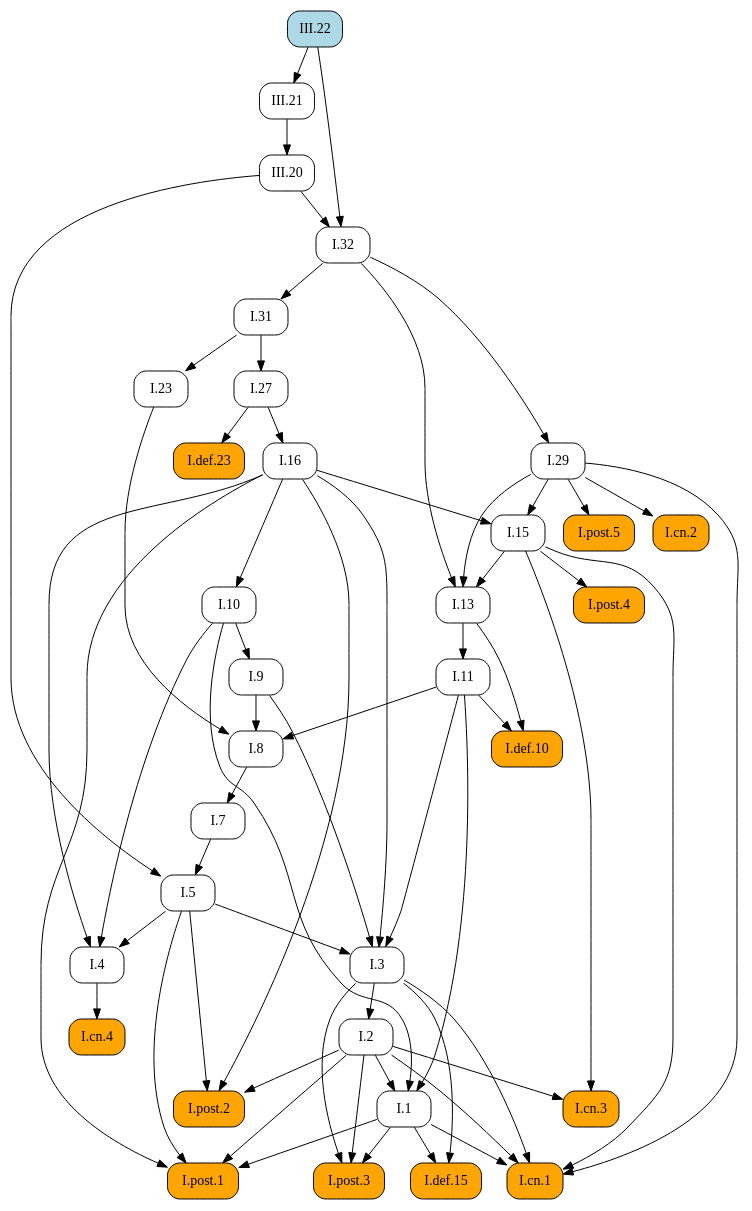
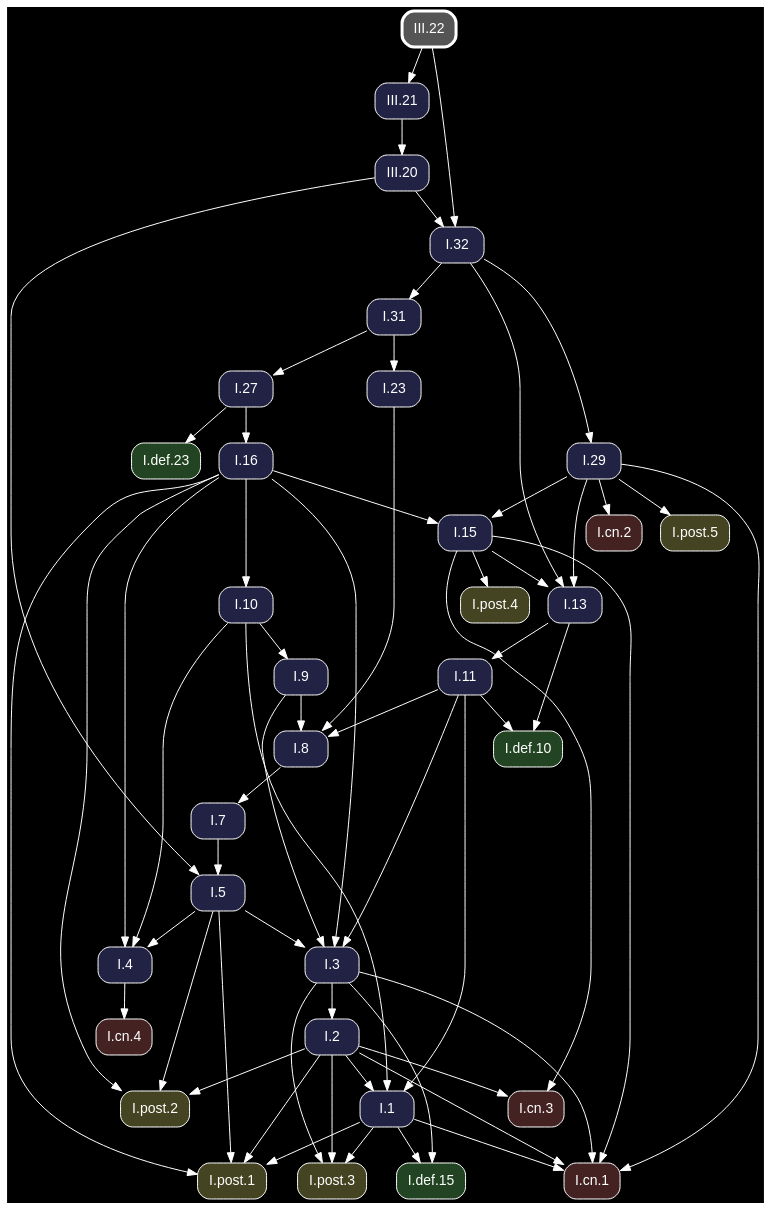
Before and after one commit to geometor/elements: the diagram in docsrc/heath/III/22/index.rst, drawn with Graphviz. The commit also changed other lines of this file and 1200 other files, not shown here.

Commit message:
update dependency graphs

```diff
--- a/docsrc/heath/III/22/index.rst
+++ b/docsrc/heath/III/22/index.rst
@@ -45,59 +45,46 @@
 .. graphviz::
 
    digraph {
+     bgcolor="black";
+     node [shape=box, style="rounded,filled", fontname="Helvetica", color="white", fontcolor="white"];
+     edge [color="white", fontcolor="white"];
      rankdir="TB";
-     node [shape=box, style=rounded];
-     "I.23" [URL="/heath/I/23/", target="_top"];
-     "I.9" [URL="/heath/I/9/", target="_top"];
-     "I.32" [URL="/heath/I/32/", target="_top"];
-     "I.def.15" [style="rounded,filled", fillcolor=orange, URL="/heath/I/def.15/", target="_top"];
-     "I.post.3" [style="rounded,filled", fillcolor=orange, URL="/heath/I/post.3/", target="_top"];
-     "I.post.1" [style="rounded,filled", fillcolor=orange, URL="/heath/I/post.1/", target="_top"];
-     "III.20" [URL="/heath/III/20/", target="_top"];
-     "I.31" [URL="/heath/I/31/", target="_top"];
-     "III.22" [style="rounded,filled", fillcolor=lightblue, URL="/heath/III/22/", target="_top"];
-     "I.def.10" [style="rounded,filled", fillcolor=orange, URL="/heath/I/def.10/", target="_top"];
-     "I.27" [URL="/heath/I/27/", target="_top"];
-     "I.3" [URL="/heath/I/3/", target="_top"];
-     "I.cn.1" [style="rounded,filled", fillcolor=orange, URL="/heath/I/cn.1/", target="_top"];
-     "I.7" [URL="/heath/I/7/", target="_top"];
-     "I.2" [URL="/heath/I/2/", target="_top"];
-     "I.13" [URL="/heath/I/13/", target="_top"];
-     "I.post.4" [style="rounded,filled", fillcolor=orange, URL="/heath/I/post.4/", target="_top"];
-     "I.4" [URL="/heath/I/4/", target="_top"];
-     "I.1" [URL="/heath/I/1/", target="_top"];
-     "I.5" [URL="/heath/I/5/", target="_top"];
-     "I.8" [URL="/heath/I/8/", target="_top"];
-     "I.cn.3" [style="rounded,filled", fillcolor=orange, URL="/heath/I/cn.3/", target="_top"];
-     "I.29" [URL="/heath/I/29/", target="_top"];
-     "I.16" [URL="/heath/I/16/", target="_top"];
-     "I.15" [URL="/heath/I/15/", target="_top"];
-     "I.10" [URL="/heath/I/10/", target="_top"];
-     "I.11" [URL="/heath/I/11/", target="_top"];
-     "I.def.23" [style="rounded,filled", fillcolor=orange, URL="/heath/I/def.23/", target="_top"];
-     "I.cn.2" [style="rounded,filled", fillcolor=orange, URL="/heath/I/cn.2/", target="_top"];
-     "I.post.5" [style="rounded,filled", fillcolor=orange, URL="/heath/I/post.5/", target="_top"];
-     "III.21" [URL="/heath/III/21/", target="_top"];
-     "I.cn.4" [style="rounded,filled", fillcolor=orange, URL="/heath/I/cn.4/", target="_top"];
-     "I.post.2" [style="rounded,filled", fillcolor=orange, URL="/heath/I/post.2/", target="_top"];
-     "I.31" -> "I.23";
-     "I.10" -> "I.9";
+     "I.31" [fillcolor="#222244", URL="/heath/I/31/", target="_top"];
+     "I.32" [fillcolor="#222244", URL="/heath/I/32/", target="_top"];
+     "I.3" [fillcolor="#222244", URL="/heath/I/3/", target="_top"];
+     "I.cn.1" [fillcolor="#442222", URL="/heath/I/cn.1/", target="_top"];
+     "I.def.10" [fillcolor="#224422", URL="/heath/I/def.10/", target="_top"];
+     "I.15" [fillcolor="#222244", URL="/heath/I/15/", target="_top"];
+     "I.13" [fillcolor="#222244", URL="/heath/I/13/", target="_top"];
+     "I.27" [fillcolor="#222244", URL="/heath/I/27/", target="_top"];
+     "I.2" [fillcolor="#222244", URL="/heath/I/2/", target="_top"];
+     "I.cn.2" [fillcolor="#442222", URL="/heath/I/cn.2/", target="_top"];
+     "I.9" [fillcolor="#222244", URL="/heath/I/9/", target="_top"];
+     "I.1" [fillcolor="#222244", URL="/heath/I/1/", target="_top"];
+     "I.post.5" [fillcolor="#444422", URL="/heath/I/post.5/", target="_top"];
+     "I.post.4" [fillcolor="#444422", URL="/heath/I/post.4/", target="_top"];
+     "I.23" [fillcolor="#222244", URL="/heath/I/23/", target="_top"];
+     "I.8" [fillcolor="#222244", URL="/heath/I/8/", target="_top"];
+     "I.4" [fillcolor="#222244", URL="/heath/I/4/", target="_top"];
+     "I.7" [fillcolor="#222244", URL="/heath/I/7/", target="_top"];
+     "I.5" [fillcolor="#222244", URL="/heath/I/5/", target="_top"];
+     "I.10" [fillcolor="#222244", URL="/heath/I/10/", target="_top"];
+     "III.22" [penwidth=3, color="white", fillcolor="#555555", URL="/heath/III/22/", target="_top"];
+     "I.post.1" [fillcolor="#444422", URL="/heath/I/post.1/", target="_top"];
+     "I.11" [fillcolor="#222244", URL="/heath/I/11/", target="_top"];
+     "I.16" [fillcolor="#222244", URL="/heath/I/16/", target="_top"];
+     "I.cn.3" [fillcolor="#442222", URL="/heath/I/cn.3/", target="_top"];
+     "III.21" [fillcolor="#222244", URL="/heath/III/21/", target="_top"];
+     "I.29" [fillcolor="#222244", URL="/heath/I/29/", target="_top"];
+     "I.post.2" [fillcolor="#444422", URL="/heath/I/post.2/", target="_top"];
+     "I.cn.4" [fillcolor="#442222", URL="/heath/I/cn.4/", target="_top"];
+     "I.def.23" [fillcolor="#224422", URL="/heath/I/def.23/", target="_top"];
+     "I.post.3" [fillcolor="#444422", URL="/heath/I/post.3/", target="_top"];
+     "III.20" [fillcolor="#222244", URL="/heath/III/20/", target="_top"];
+     "I.def.15" [fillcolor="#224422", URL="/heath/I/def.15/", target="_top"];
+     "I.32" -> "I.31";
      "III.20" -> "I.32";
      "III.22" -> "I.32";
-     "I.1" -> "I.def.15";
-     "I.3" -> "I.def.15";
-     "I.1" -> "I.post.3";
-     "I.2" -> "I.post.3";
-     "I.3" -> "I.post.3";
-     "I.1" -> "I.post.1";
-     "I.2" -> "I.post.1";
-     "I.5" -> "I.post.1";
-     "I.16" -> "I.post.1";
-     "III.21" -> "III.20";
-     "I.32" -> "I.31";
-     "I.11" -> "I.def.10";
-     "I.13" -> "I.def.10";
-     "I.31" -> "I.27";
      "I.5" -> "I.3";
      "I.9" -> "I.3";
      "I.11" -> "I.3";
@@ -107,37 +94,52 @@
      "I.3" -> "I.cn.1";
      "I.15" -> "I.cn.1";
      "I.29" -> "I.cn.1";
-     "I.8" -> "I.7";
-     "I.3" -> "I.2";
+     "I.11" -> "I.def.10";
+     "I.13" -> "I.def.10";
+     "I.16" -> "I.15";
+     "I.29" -> "I.15";
      "I.15" -> "I.13";
      "I.29" -> "I.13";
      "I.32" -> "I.13";
+     "I.31" -> "I.27";
+     "I.3" -> "I.2";
+     "I.29" -> "I.cn.2";
+     "I.10" -> "I.9";
+     "I.2" -> "I.1";
+     "I.10" -> "I.1";
+     "I.11" -> "I.1";
+     "I.29" -> "I.post.5";
      "I.15" -> "I.post.4";
+     "I.31" -> "I.23";
+     "I.9" -> "I.8";
+     "I.11" -> "I.8";
+     "I.23" -> "I.8";
      "I.5" -> "I.4";
      "I.10" -> "I.4";
      "I.16" -> "I.4";
-     "I.2" -> "I.1";
-     "I.10" -> "I.1";
-     "I.11" -> "I.1";
+     "I.8" -> "I.7";
      "I.7" -> "I.5";
      "III.20" -> "I.5";
-     "I.9" -> "I.8";
-     "I.11" -> "I.8";
-     "I.23" -> "I.8";
+     "I.16" -> "I.10";
+     "I.1" -> "I.post.1";
+     "I.2" -> "I.post.1";
+     "I.5" -> "I.post.1";
+     "I.16" -> "I.post.1";
+     "I.13" -> "I.11";
+     "I.27" -> "I.16";
      "I.2" -> "I.cn.3";
      "I.15" -> "I.cn.3";
+     "III.22" -> "III.21";
      "I.32" -> "I.29";
-     "I.27" -> "I.16";
-     "I.16" -> "I.15";
-     "I.29" -> "I.15";
-     "I.16" -> "I.10";
-     "I.13" -> "I.11";
-     "I.27" -> "I.def.23";
-     "I.29" -> "I.cn.2";
-     "I.29" -> "I.post.5";
-     "III.22" -> "III.21";
-     "I.4" -> "I.cn.4";
      "I.2" -> "I.post.2";
      "I.5" -> "I.post.2";
      "I.16" -> "I.post.2";
+     "I.4" -> "I.cn.4";
+     "I.27" -> "I.def.23";
+     "I.1" -> "I.post.3";
+     "I.2" -> "I.post.3";
+     "I.3" -> "I.post.3";
+     "III.21" -> "III.20";
+     "I.1" -> "I.def.15";
+     "I.3" -> "I.def.15";
    }
```
